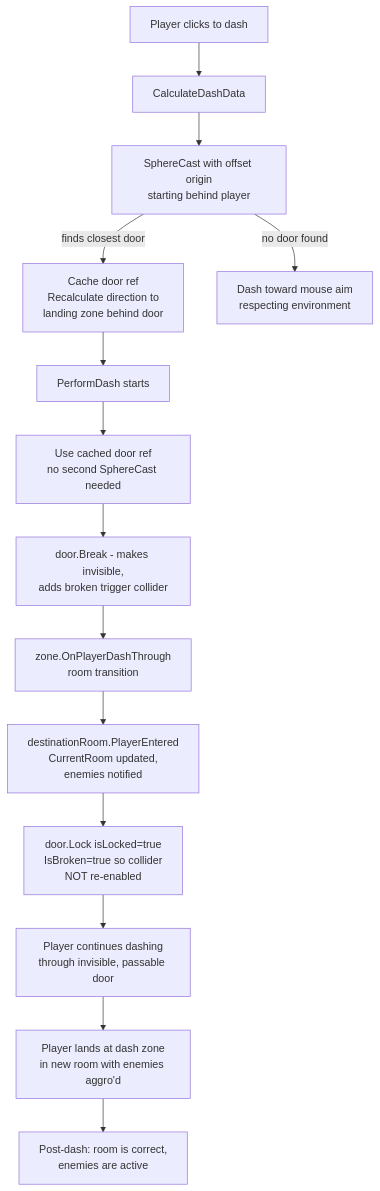
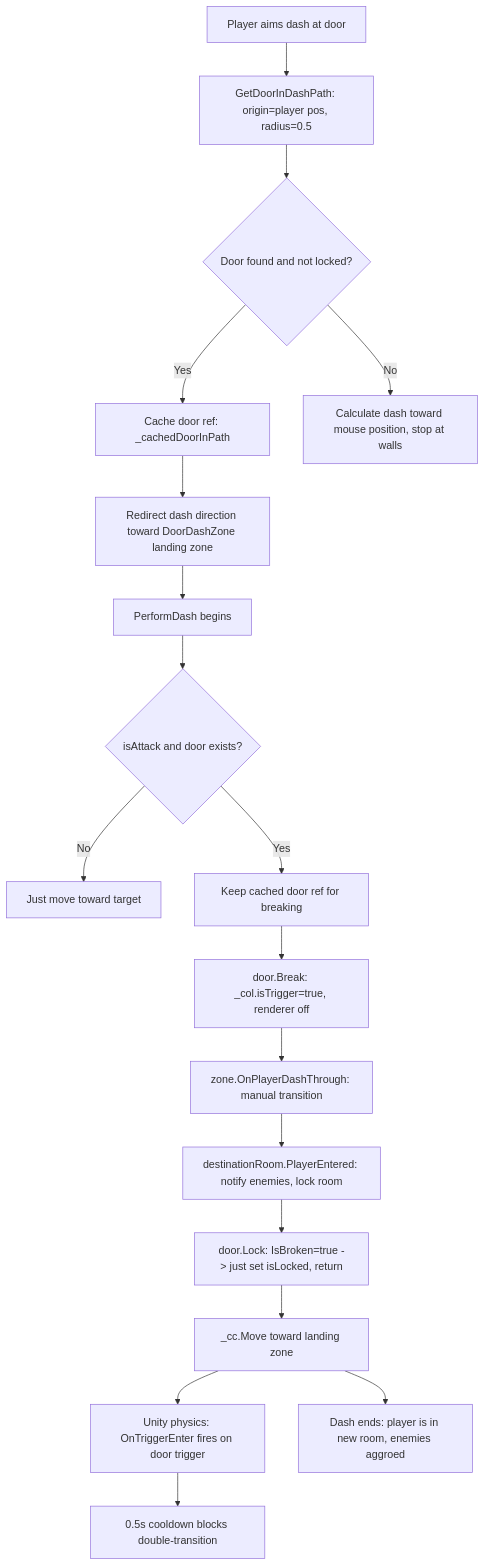
One commit to ivander08/AFTERIMAGE changed the diagram in plans/fix-door-dash-room-transition-bugs.md. Above: the diagram before and after it, drawn with Mermaid. The commit also changed other lines of this file and 9 other files, not shown here.

````diff
--- a/plans/fix-door-dash-room-transition-bugs.md
+++ b/plans/fix-door-dash-room-transition-bugs.md
@@ -155,16 +197,20 @@
 ```mermaid
 flowchart TD
-    A[Player clicks to dash] --> B[CalculateDashData]
-    B --> C[SphereCast with offset origin\nstarting behind player]
-    C -- finds closest door --> D[Cache door ref\nRecalculate direction to\nlanding zone behind door]
-    C -- no door found --> E[Dash toward mouse aim\nrespecting environment]
-    D --> F[PerformDash starts]
-    F --> G[Use cached door ref\nno second SphereCast needed]
-    G --> H[door.Break - makes invisible,\nadds broken trigger collider]
-    H --> I[zone.OnPlayerDashThrough\nroom transition]
-    I --> J[destinationRoom.PlayerEntered\nCurrentRoom updated,\nenemies notified]
-    J --> K[door.Lock isLocked=true\nIsBroken=true so collider\nNOT re-enabled]
-    K --> L[Player continues dashing\nthrough invisible, passable door]
-    L --> M[Player lands at dash zone\nin new room with enemies aggro'd]
-    M --> N[Post-dash: room is correct,\nenemies are active]
+    A[Player aims dash at door] --> B[GetDoorInDashPath: origin=player pos, radius=0.5]
+    B --> C{Door found and not locked?}
+    C -->|Yes| D[Cache door ref: _cachedDoorInPath]
+    D --> E[Redirect dash direction toward DoorDashZone landing zone]
+    C -->|No| F[Calculate dash toward mouse position, stop at walls]
+    E --> G[PerformDash begins]
+    G --> H{isAttack and door exists?}
+    H -->|No| I[Just move toward target]
+    H -->|Yes| J[Keep cached door ref for breaking]
+    J --> K[door.Break: _col.isTrigger=true, renderer off]
+    K --> L[zone.OnPlayerDashThrough: manual transition]
+    L --> M[destinationRoom.PlayerEntered: notify enemies, lock room]
+    M --> N[door.Lock: IsBroken=true -> just set isLocked, return]
+    N --> O[_cc.Move toward landing zone]
+    O --> P[Unity physics: OnTriggerEnter fires on door trigger]
+    P --> Q[0.5s cooldown blocks double-transition]
+    O --> R[Dash ends: player is in new room, enemies aggroed]
 ```
````
